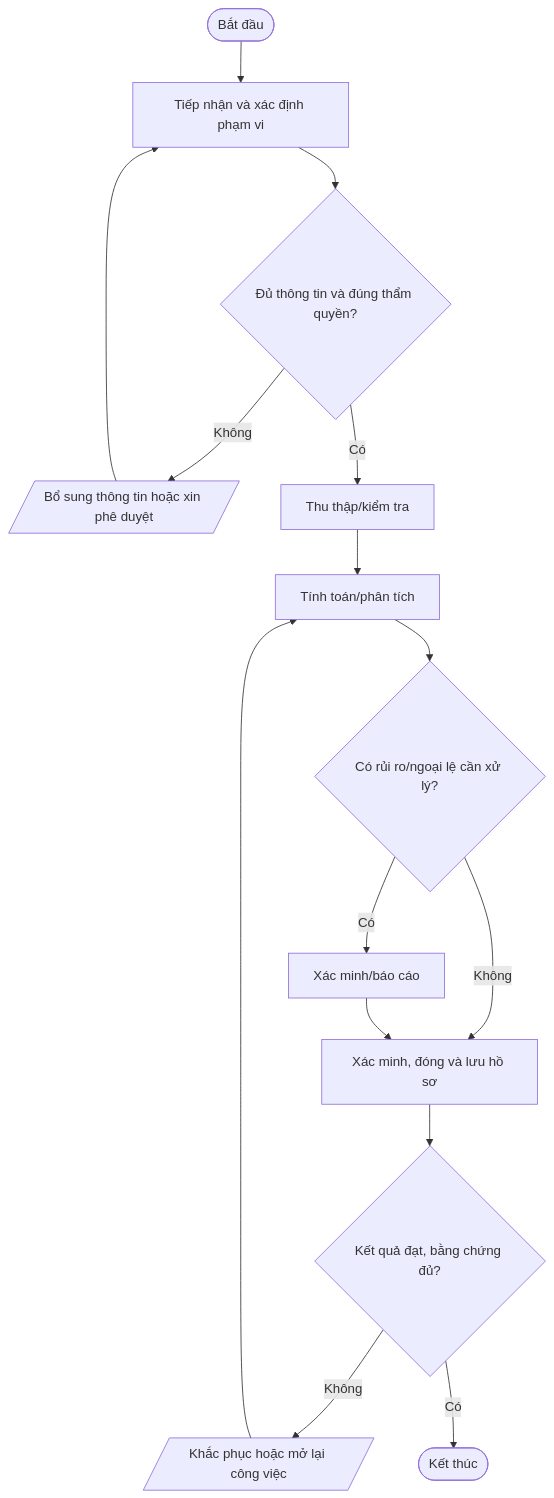
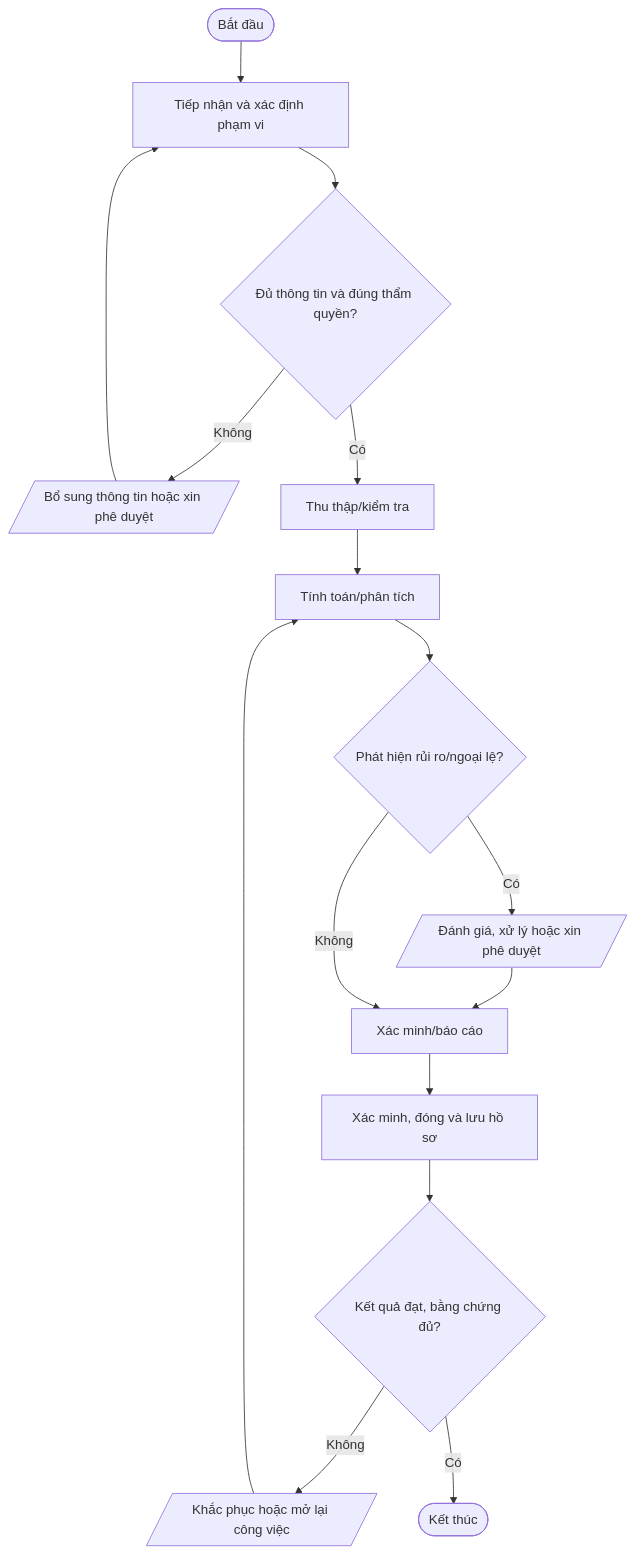
The fourth of 4 diagrams in quy-trinh/06-Ket-thuc-hop-dong/README.md (daoaigiangnam/Quy_Trinh_Chuan), drawn with Mermaid before and after one commit. The commit also changed other lines of this file, not shown here.

Commit message:
docs: correct procedure flowchart decision paths

````diff
--- a/quy-trinh/06-Ket-thuc-hop-dong/README.md
+++ b/quy-trinh/06-Ket-thuc-hop-dong/README.md
@@ -314,17 +317,18 @@
 ```mermaid
 flowchart TD
   A([Bắt đầu]) --> S1["Tiếp nhận và xác định phạm vi"]
   S1 --> D1{"Đủ thông tin và đúng thẩm quyền?"}
   D1 -- Không --> F1[/"Bổ sung thông tin hoặc xin phê duyệt"/]
   F1 --> S1
   D1 -- Có --> S2["Thu thập/kiểm tra"]
   S2 --> S3["Tính toán/phân tích"]
-  S3 --> D2{"Có rủi ro/ngoại lệ cần xử lý?"}
-  D2 -- Có --> S4["Xác minh/báo cáo"]
-  D2 -- Không --> S5["Xác minh, đóng và lưu hồ sơ"]
-  S4 --> S5
+  S3 --> D2{"Phát hiện rủi ro/ngoại lệ?"}
+  D2 -- Có --> RISK[/"Đánh giá, xử lý hoặc xin phê duyệt"/]
+  RISK --> S4["Xác minh/báo cáo"]
+  D2 -- Không --> S4
+  S4 --> S5["Xác minh, đóng và lưu hồ sơ"]
   S5 --> D3{"Kết quả đạt, bằng chứng đủ?"}
   D3 -- Không --> R[/"Khắc phục hoặc mở lại công việc"/]
   R --> S3
   D3 -- Có --> Z([Kết thúc])
 ```
````
